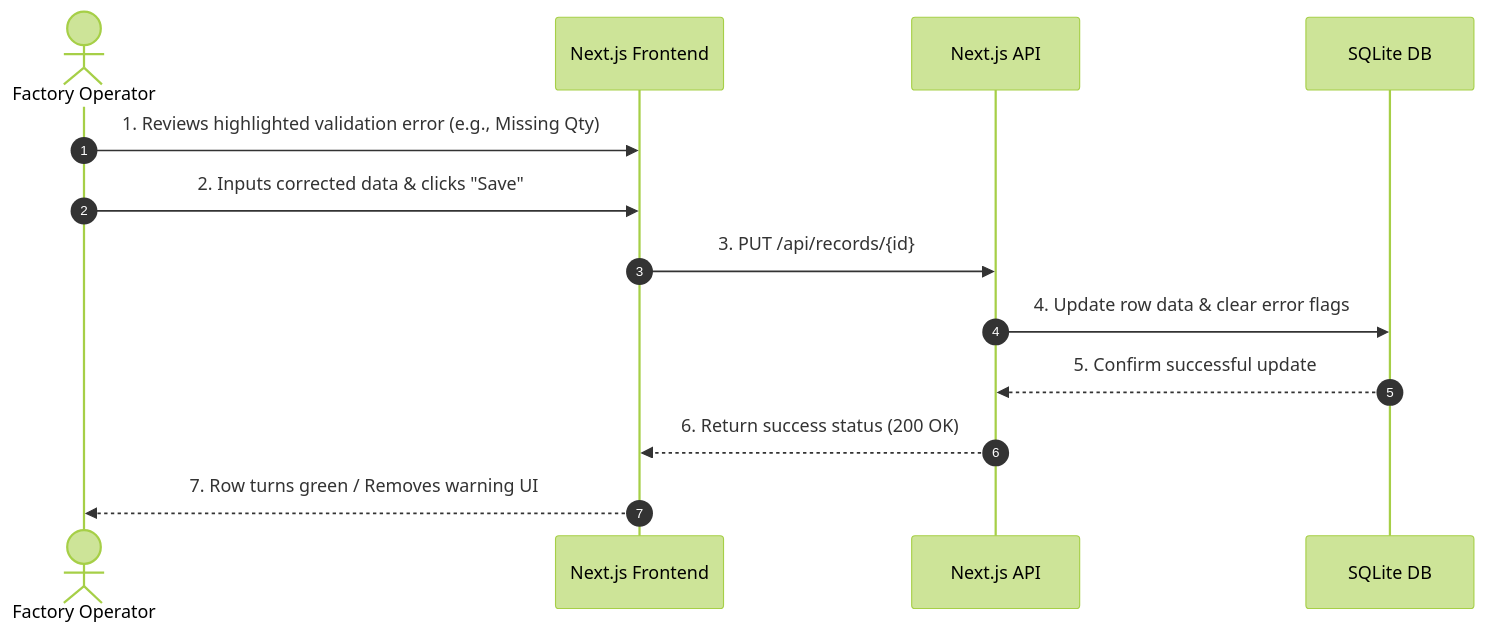
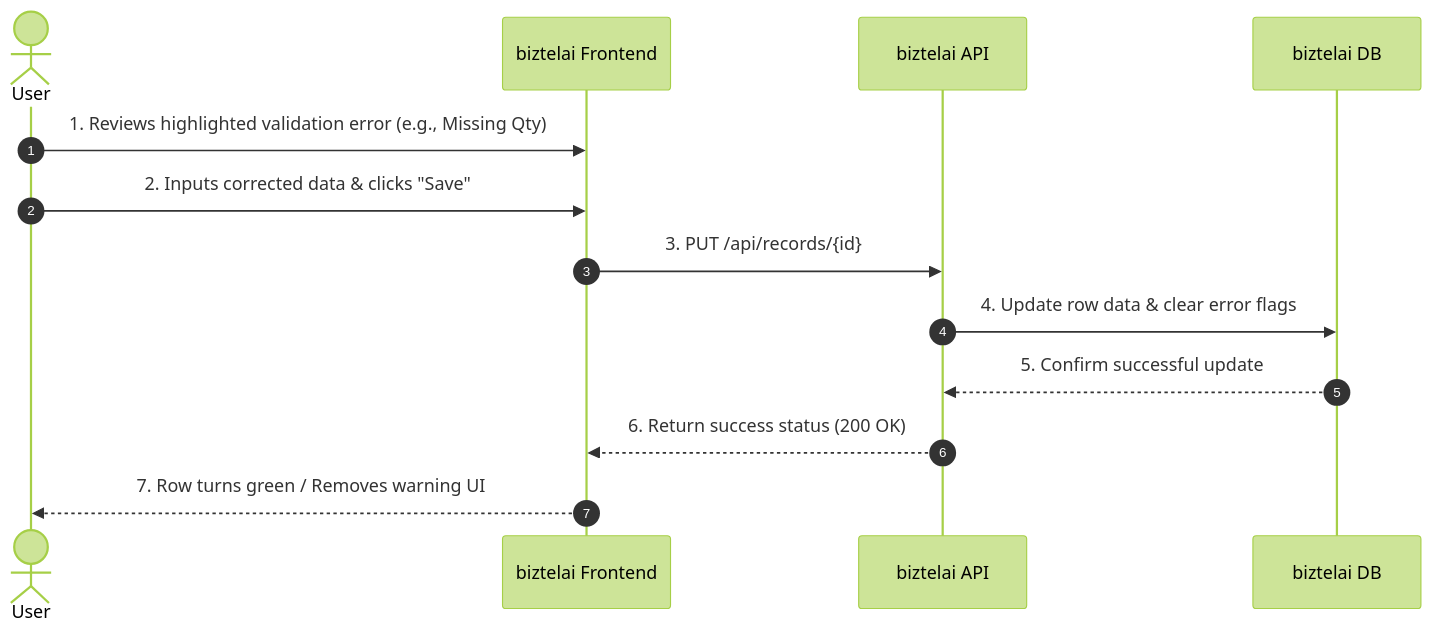
One commit to nanthitha25/biztelai changed the fifth of 8 diagrams in README.md. Above: the diagram before and after it, drawn with Mermaid (forest theme). The commit also changed other lines of this file, not shown here.

````diff
--- a/README.md
+++ b/README.md
@@ -199,16 +199,16 @@
 ```mermaid
 sequenceDiagram
     autonumber
-    actor Operator as Factory Operator
-    participant UI as Next.js Frontend
-    participant API as Next.js API
-    participant DB as SQLite DB
+    actor Operator as User
+    participant UI as biztelai Frontend
+    participant API as biztelai API
+    participant DB as biztelai DB
 
     Operator->>UI: 1. Reviews highlighted validation error (e.g., Missing Qty)
     Operator->>UI: 2. Inputs corrected data & clicks "Save"
     UI->>API: 3. PUT /api/records/{id}
     API->>DB: 4. Update row data & clear error flags
     DB-->>API: 5. Confirm successful update
     API-->>UI: 6. Return success status (200 OK)
     UI-->>Operator: 7. Row turns green / Removes warning UI
 ```
````
